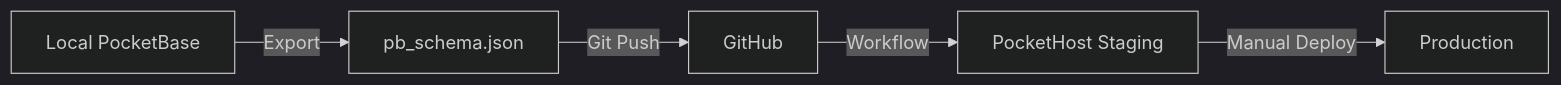
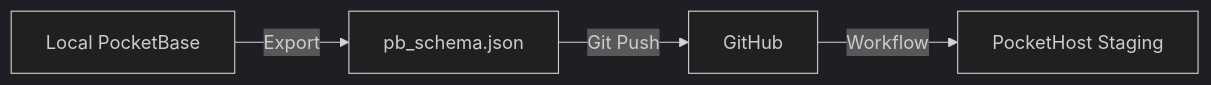
The diagram in apps/eco-store/POCKETBASE.md (plastikaweb/plastikspace), drawn with Mermaid (dark theme) before and after one commit. The commit also changed other lines of this file and 48 other files, not shown here.

Commit message:
fix(eco-store): automate pocketbase initialization, schema synchronization and data seeding

````diff
--- a/apps/eco-store/POCKETBASE.md
+++ b/apps/eco-store/POCKETBASE.md
@@ -58,7 +52,6 @@
 ```mermaid
 graph LR
     A[Local PocketBase] -->|Export| B[pb_schema.json]
     B -->|Git Push| C[GitHub]
     C -->|Workflow| D[PocketHost Staging]
-    D -->|Manual Deploy| E[Production]
 ```
````
